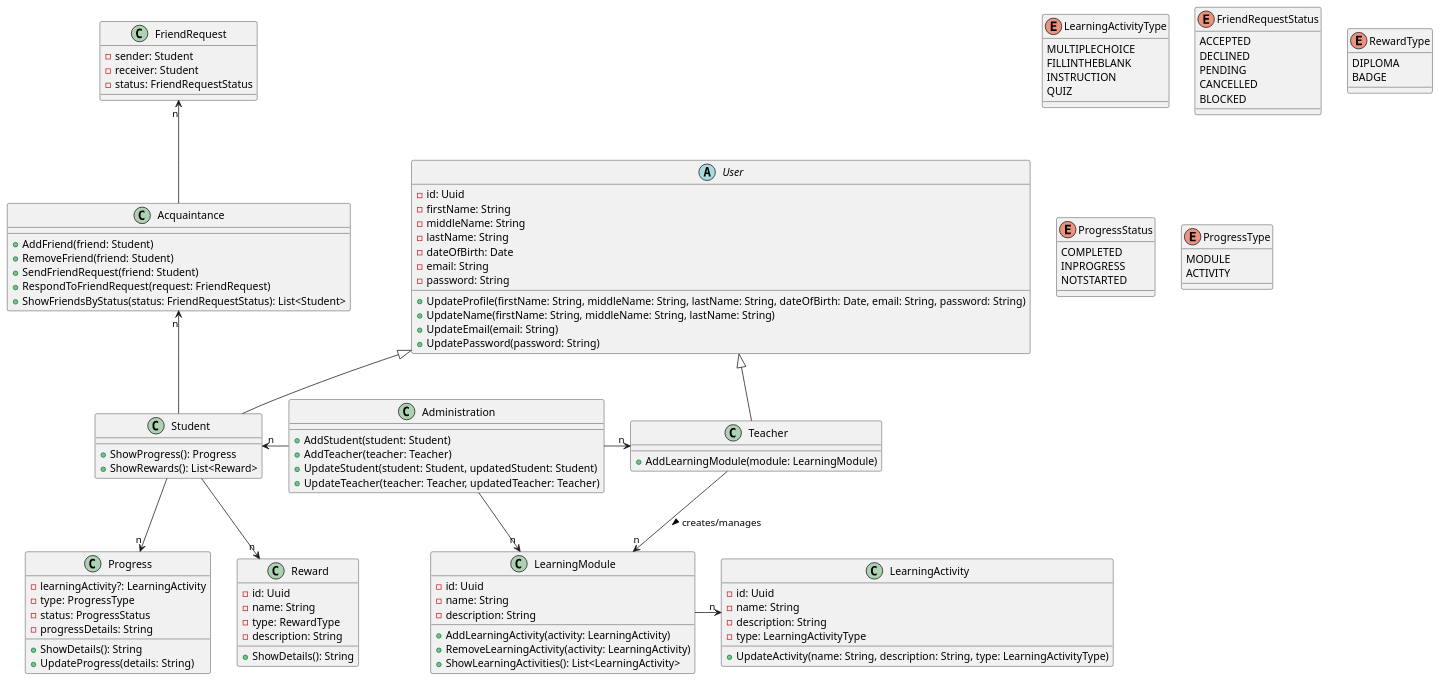
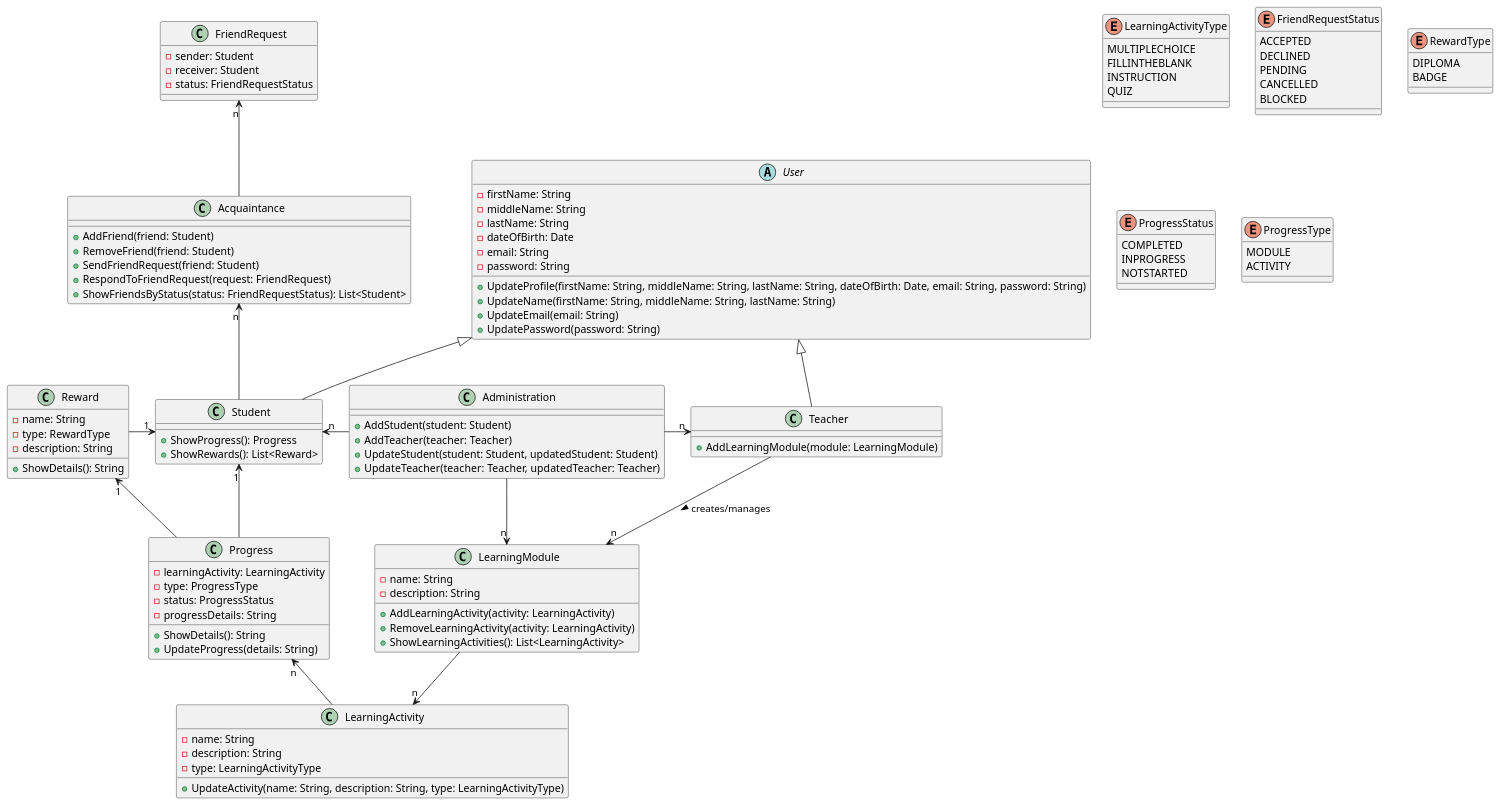
Before and after one commit to janvanhest/ap2-cmk: the second of 2 diagrams in doc/Analyses_and_design/analysis_and_design.md, drawn with PlantUML. The commit also changed other lines of this file, not shown here.

Commit message:
Updated documentation and gave explicit chapter names for conceptual model, usecase diagram and class diagram

```diff
--- a/doc/Analyses_and_design/analysis_and_design.md
+++ b/doc/Analyses_and_design/analysis_and_design.md
@@ -280,7 +277,6 @@
 
 ' Base class for common user attributes
 abstract class User {
-    -id: Uuid
     -firstName: String
     -middleName: String
     -lastName: String
@@ -310,7 +306,6 @@
 }
 
 class LearningModule {
-    -id: Uuid
     -name: String
     -description: String
     +AddLearningActivity(activity: LearningActivity)
@@ -320,32 +315,27 @@
 
 
 class LearningActivity {
-    -id: Uuid
     -name: String
     -description: String
     -type: LearningActivityType
     +UpdateActivity(name: String, description: String, type: LearningActivityType)
 }
 
-
+class Reward {
+    -name: String
+    -type: RewardType
+    -description: String
+    +ShowDetails(): String
+}
 
 class Progress {
-    -learningActivity?: LearningActivity
+    -learningActivity: LearningActivity
     -type: ProgressType
     -status: ProgressStatus
     -progressDetails: String
     +ShowDetails(): String
     +UpdateProgress(details: String)
 }
-
-class Reward {
-    -id: Uuid
-    -name: String
-    -type: RewardType
-    -description: String
-    +ShowDetails(): String
-}
-
 class Acquaintance {
     +AddFriend(friend: Student)
     +RemoveFriend(friend: Student)
@@ -360,16 +350,16 @@
     -status: FriendRequestStatus
 }
 
-
-
 Administration -left-> "n" Student
 Administration -right-> "n" Teacher
 Administration -down-> "n" LearningModule
 LearningModule -right-> "n" LearningActivity
+Progress "n" <-down- LearningActivity
+Reward "1" <-down- Progress
 Student -up-> "n" Acquaintance
 Teacher -down-> "n" LearningModule : creates/manages >
-Student -down-> "n" Progress
-Student -down-> "n" Reward
+Student "1" <-down- Progress
+Student "1" <-left- Reward
 Acquaintance -up-> "n" FriendRequest
 
 @enduml
```
